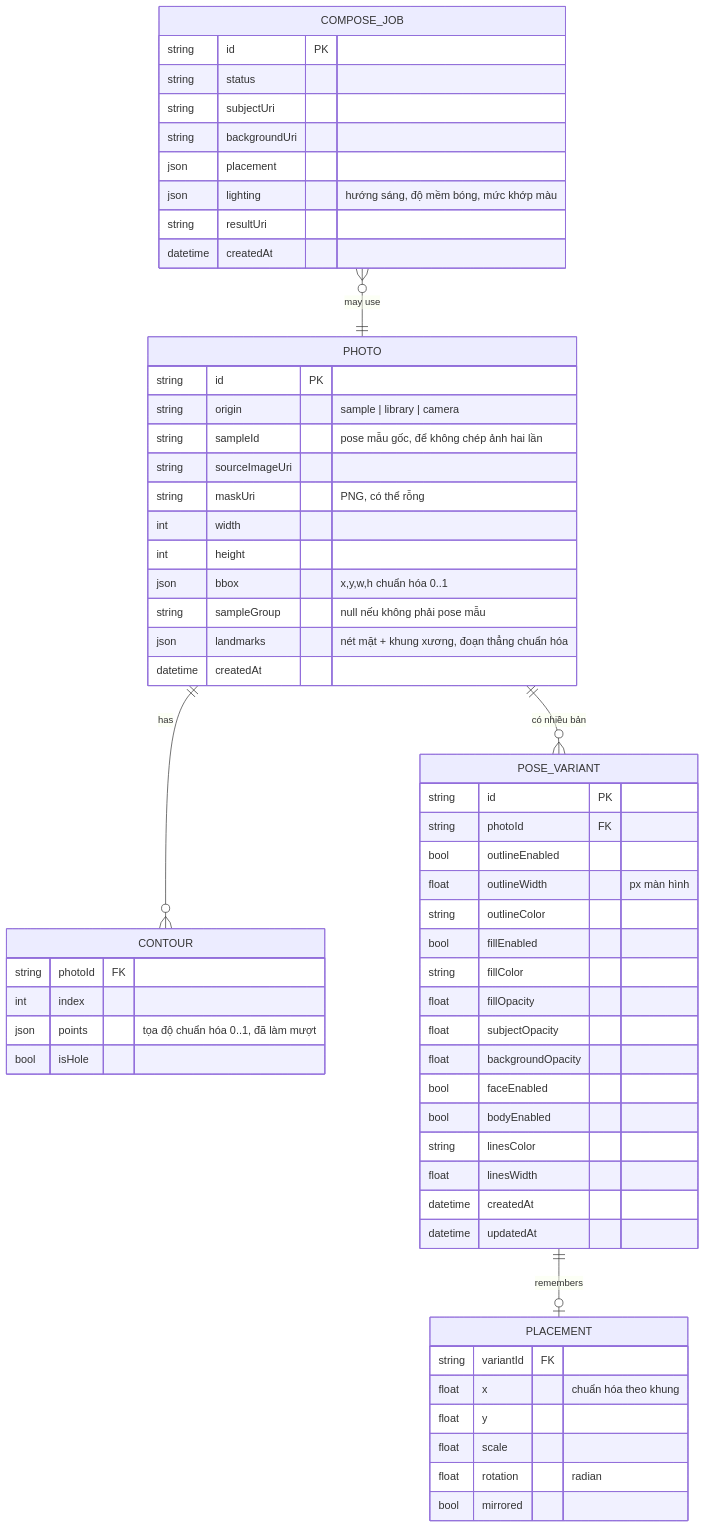
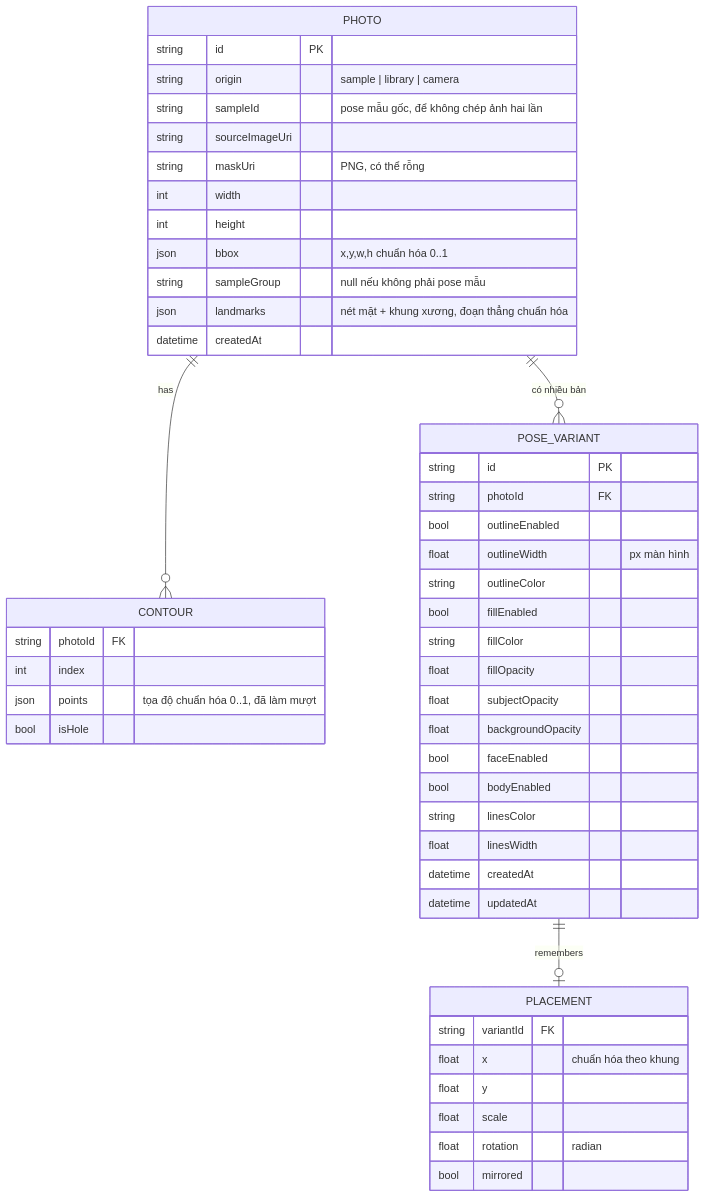
The fifth of 7 diagrams in docs/business-flow.md (tktnq2004/TakeASnap), drawn with Mermaid before and after one commit. The commit also changed other lines of this file and 2 other files, not shown here.

````diff
--- a/docs/business-flow.md
+++ b/docs/business-flow.md
@@ -321,63 +381,52 @@
 ```mermaid
 erDiagram
     PHOTO ||--o{ CONTOUR : has
     PHOTO ||--o{ POSE_VARIANT : "có nhiều bản"
     POSE_VARIANT ||--o| PLACEMENT : remembers
-    COMPOSE_JOB }o--|| PHOTO : "may use"
 
     PHOTO {
         string id PK
         string origin "sample | library | camera"
         string sampleId "pose mẫu gốc, để không chép ảnh hai lần"
         string sourceImageUri
         string maskUri "PNG, có thể rỗng"
         int width
         int height
         json bbox "x,y,w,h chuẩn hóa 0..1"
         string sampleGroup "null nếu không phải pose mẫu"
         json landmarks "nét mặt + khung xương, đoạn thẳng chuẩn hóa"
         datetime createdAt
     }
     CONTOUR {
         string photoId FK
         int index
         json points "tọa độ chuẩn hóa 0..1, đã làm mượt"
         bool isHole
     }
     POSE_VARIANT {
         string id PK
         string photoId FK
         bool outlineEnabled
         float outlineWidth "px màn hình"
         string outlineColor
         bool fillEnabled
         string fillColor
         float fillOpacity
         float subjectOpacity
         float backgroundOpacity
         bool faceEnabled
         bool bodyEnabled
         string linesColor
         float linesWidth
         datetime createdAt
         datetime updatedAt
     }
     PLACEMENT {
         string variantId FK
         float x "chuẩn hóa theo khung"
         float y
         float scale
         float rotation "radian"
         bool mirrored
     }
-    COMPOSE_JOB {
-        string id PK
-        string status
-        string subjectUri
-        string backgroundUri
-        json placement
-        json lighting "hướng sáng, độ mềm bóng, mức khớp màu"
-        string resultUri
-        datetime createdAt
-    }
 ```
````
